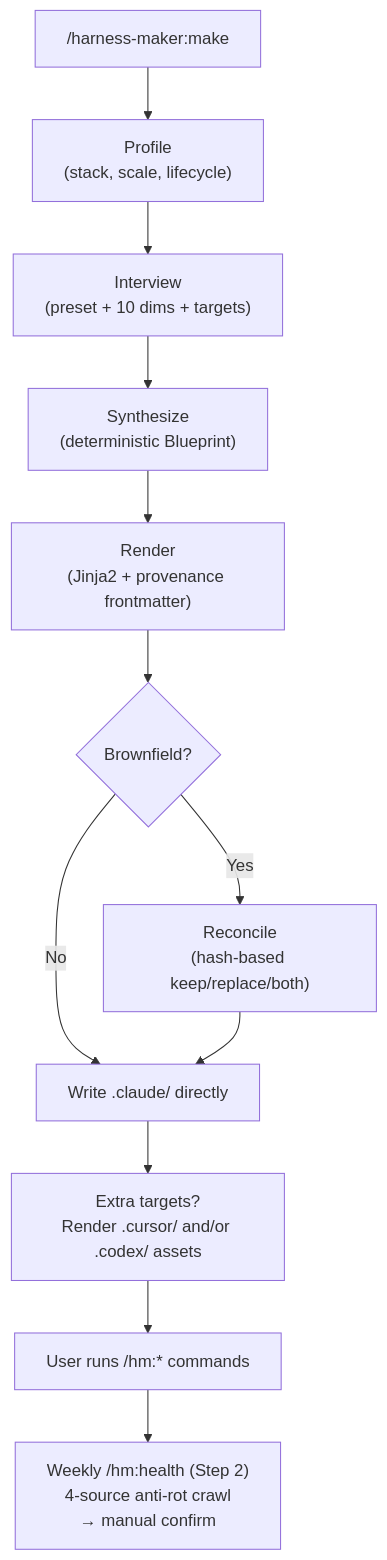
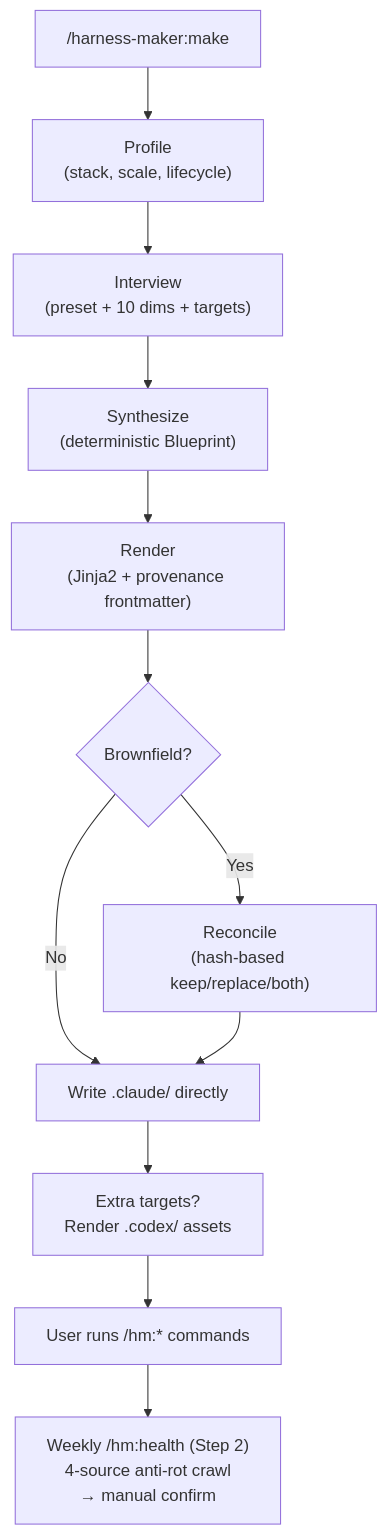
Before and after one commit to Ecro/harness-maker: the diagram in README.md, drawn with Mermaid. The commit also changed other lines of this file and 156 other files, not shown here.

````diff
--- a/README.md
+++ b/README.md
@@ -508,14 +481,14 @@
 ```mermaid
 flowchart TD
     A["/harness-maker:make"] --> B["Profile\n(stack, scale, lifecycle)"]
     B --> C["Interview\n(preset + 10 dims + targets)"]
     C --> D["Synthesize\n(deterministic Blueprint)"]
     D --> E["Render\n(Jinja2 + provenance frontmatter)"]
     E --> F{Brownfield?}
     F -- No --> G["Write .claude/ directly"]
     F -- Yes --> H["Reconcile\n(hash-based keep/replace/both)"]
     H --> G
-    G --> I["Extra targets?\nRender .cursor/ and/or .codex/ assets"]
+    G --> I["Extra targets?\nRender .codex/ assets"]
     I --> J["User runs /hm:* commands"]
     J --> K["Weekly /hm:health (Step 2)\n4-source anti-rot crawl\n→ manual confirm"]
 ```
````
